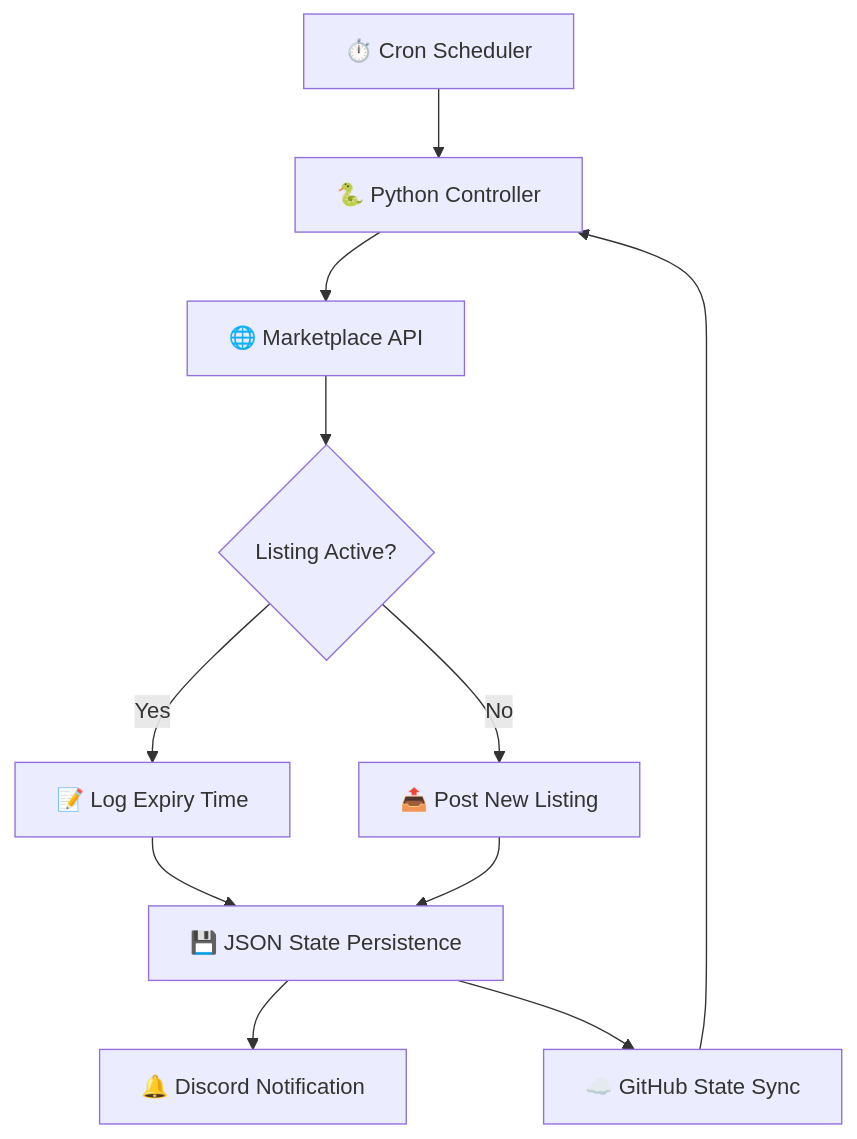
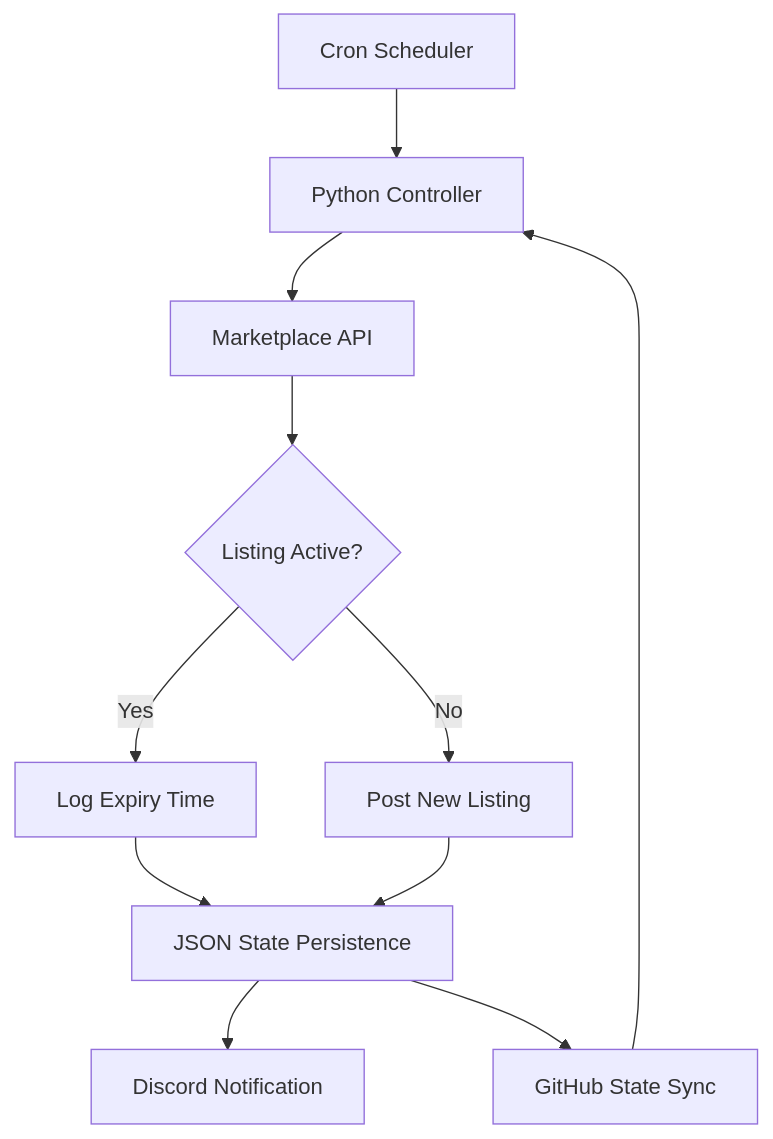
One commit to ChardXBT/CS2-Marketplace-Trading-System changed the diagram in README.md. Above: the diagram before and after it, drawn with Mermaid.

Commit message:
Update flowchart in README.md for clarity

````diff
--- a/README.md
+++ b/README.md
@@ -2,13 +2,13 @@
 ```mermaid
 flowchart TD
-    A["⏱️ Cron Scheduler"] --> B["🐍 Python Controller"]
-    B --> C["🌐 Marketplace API"]
+    A["Cron Scheduler"] --> B["Python Controller"]
+    B --> C["Marketplace API"]
     C --> D{"Listing Active?"}
-    D -- Yes --> E["📝 Log Expiry Time"]
-    D -- No --> F["📤 Post New Listing"]
-    E --> G["💾 JSON State Persistence"]
+    D -- Yes --> E["Log Expiry Time"]
+    D -- No --> F[" Post New Listing"]
+    E --> G["JSON State Persistence"]
     F --> G
-    G --> H["🔔 Discord Notification"]
-    G --> I["☁️ GitHub State Sync"]
+    G --> H["Discord Notification"]
+    G --> I["GitHub State Sync"]
     I --> B
 ```
````
